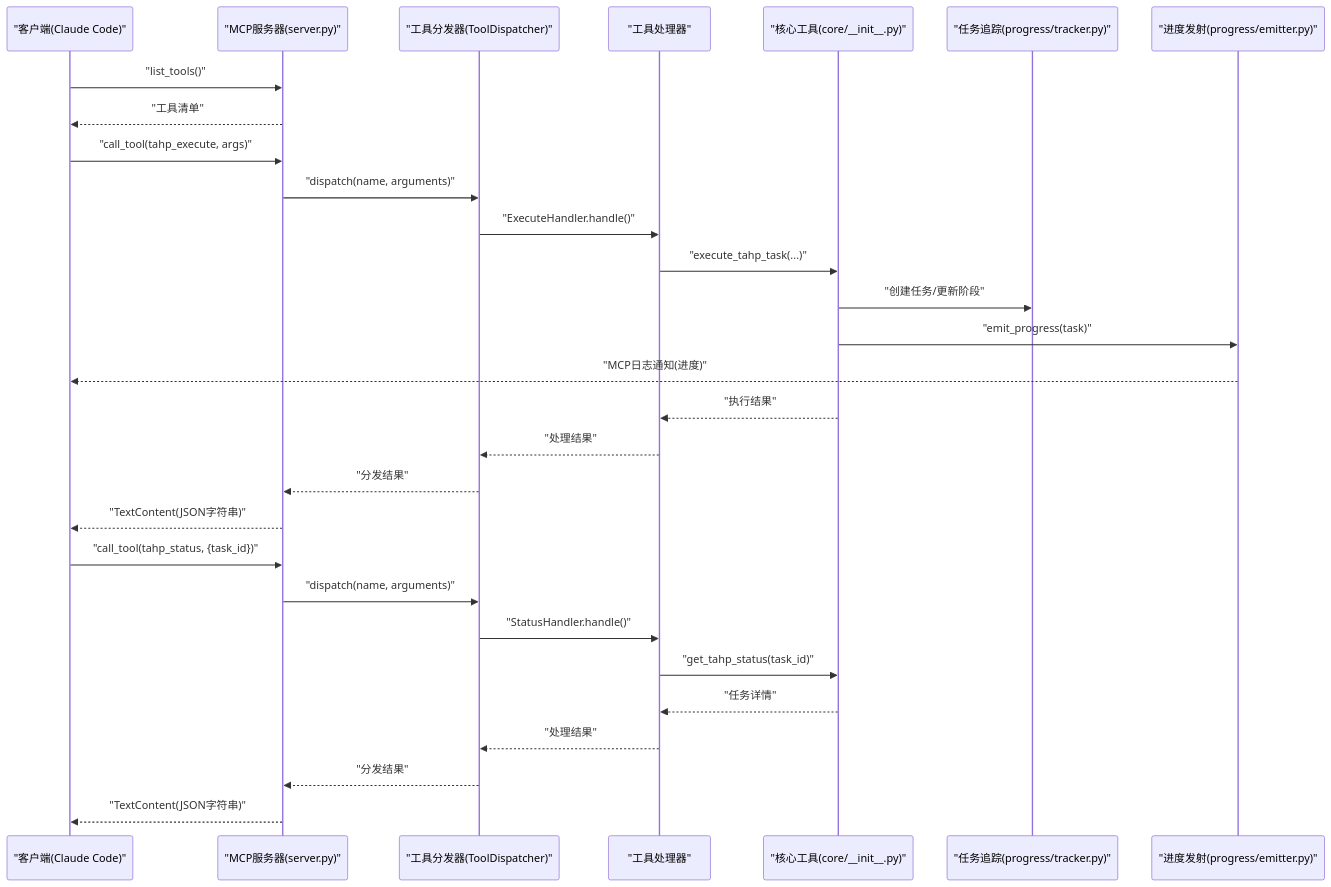
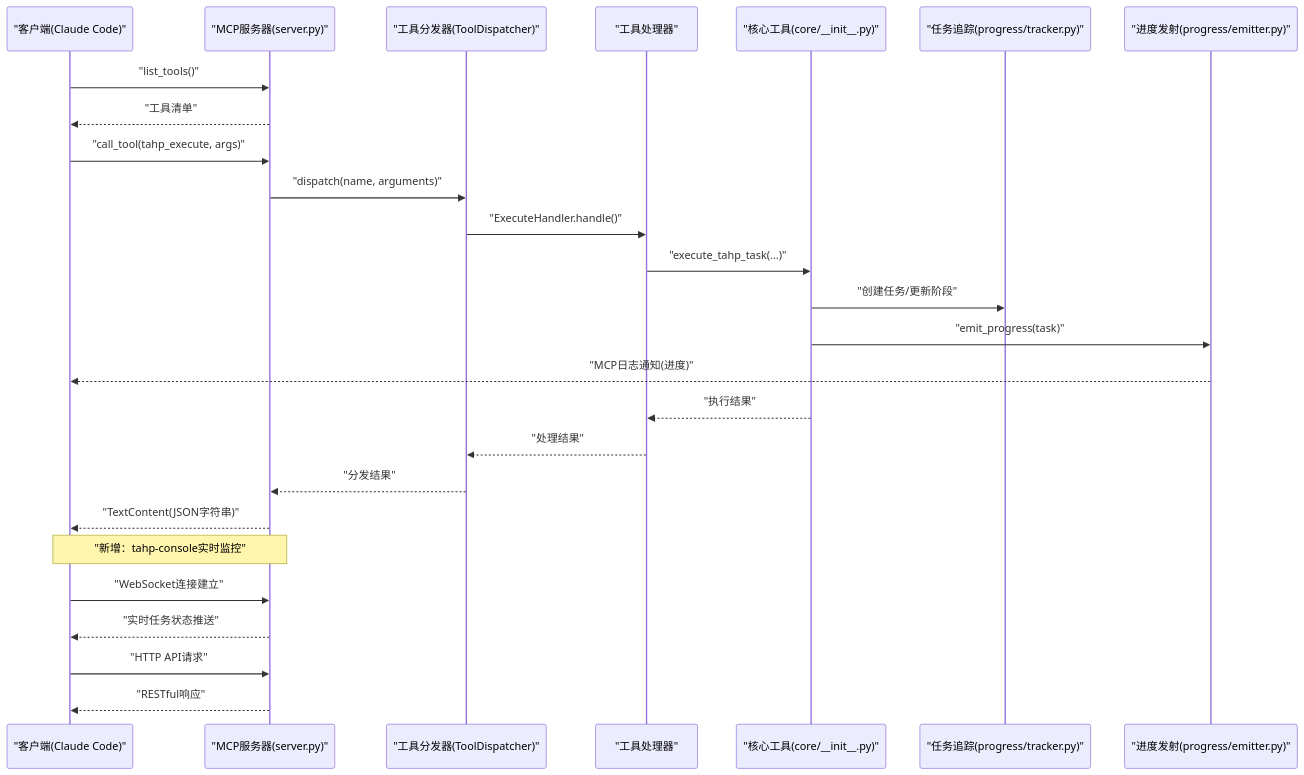
One commit to afcartevil/automated-test-script changed the second of 7 diagrams in .qoder/repowiki/zh/content/MCP服务器系统/MCP服务器系统.md. Above: the diagram before and after it, drawn with Mermaid. The commit also changed other lines of this file and 650 other files, not shown here.

````diff
--- a/.qoder/repowiki/zh/content/MCP服务器系统/MCP服务器系统.md
+++ b/.qoder/repowiki/zh/content/MCP服务器系统/MCP服务器系统.md
@@ -184,31 +214,28 @@
 ```mermaid
 sequenceDiagram
 participant Client as "客户端(Claude Code)"
 participant Server as "MCP服务器(server.py)"
 participant Dispatcher as "工具分发器(ToolDispatcher)"
 participant Handler as "工具处理器"
 participant Core as "核心工具(core/__init__.py)"
 participant Tracker as "任务追踪(progress/tracker.py)"
 participant Emitter as "进度发射(progress/emitter.py)"
 Client->>Server : "list_tools()"
 Server-->>Client : "工具清单"
 Client->>Server : "call_tool(tahp_execute, args)"
 Server->>Dispatcher : "dispatch(name, arguments)"
 Dispatcher->>Handler : "ExecuteHandler.handle()"
 Handler->>Core : "execute_tahp_task(...)"
 Core->>Tracker : "创建任务/更新阶段"
 Core->>Emitter : "emit_progress(task)"
 Emitter-->>Client : "MCP日志通知(进度)"
 Core-->>Handler : "执行结果"
 Handler-->>Dispatcher : "处理结果"
 Dispatcher-->>Server : "分发结果"
 Server-->>Client : "TextContent(JSON字符串)"
-Client->>Server : "call_tool(tahp_status, {task_id})"
-Server->>Dispatcher : "dispatch(name, arguments)"
-Dispatcher->>Handler : "StatusHandler.handle()"
-Handler->>Core : "get_tahp_status(task_id)"
-Core-->>Handler : "任务详情"
-Handler-->>Dispatcher : "处理结果"
-Dispatcher-->>Server : "分发结果"
-Server-->>Client : "TextContent(JSON字符串)"
+Note over Server,Client : "新增：tahp-console实时监控"
+Client->>Server : "WebSocket连接建立"
+Server-->>Client : "实时任务状态推送"
+Client->>Server : "HTTP API请求"
+Server-->>Client : "RESTful响应"
 ```
````
